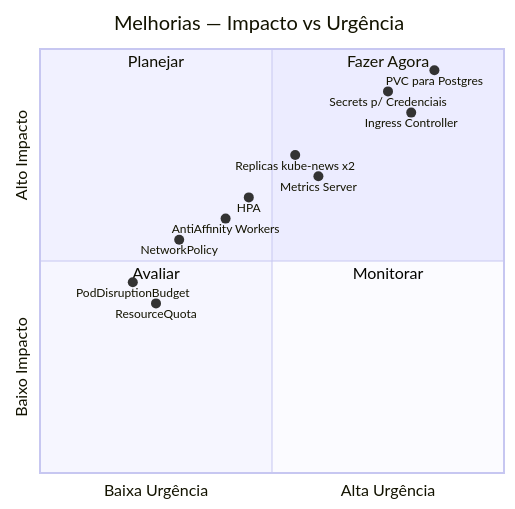
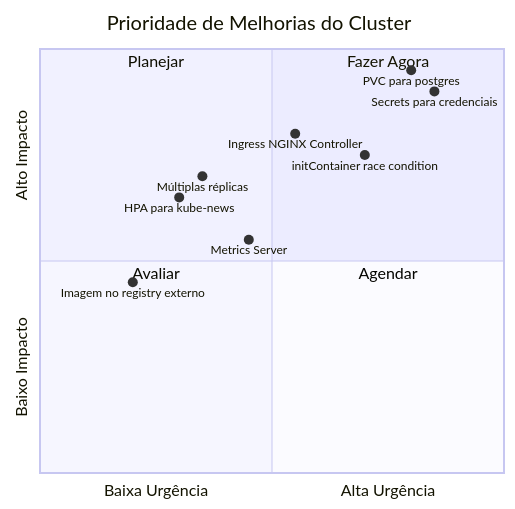
The fifth of 6 diagrams in diagrama-palestra.md (dvsvictor/kube-news-davis), drawn with Mermaid before and after one commit. The commit also changed other lines of this file and 2 other files, not shown here.

First line of the commit message:
Atualizar relatório, diagramas e postmortem do cluster — sessão 2026-05-16

````diff
--- a/diagrama-palestra.md
+++ b/diagrama-palestra.md
@@ -136,20 +149,18 @@
 ```mermaid
 quadrantChart
-    title Melhorias — Impacto vs Urgência
+    title Prioridade de Melhorias do Cluster
     x-axis Baixa Urgência --> Alta Urgência
     y-axis Baixo Impacto --> Alto Impacto
     quadrant-1 Fazer Agora
     quadrant-2 Planejar
     quadrant-3 Avaliar
-    quadrant-4 Monitorar
-    PVC para Postgres: [0.85, 0.95]
-    Ingress Controller: [0.80, 0.85]
-    Secrets p/ Credenciais: [0.75, 0.90]
-    Metrics Server: [0.60, 0.70]
-    Replicas kube-news x2: [0.55, 0.75]
-    HPA: [0.45, 0.65]
-    AntiAffinity Workers: [0.40, 0.60]
-    NetworkPolicy: [0.30, 0.55]
-    ResourceQuota: [0.25, 0.40]
-    PodDisruptionBudget: [0.20, 0.45]
+    quadrant-4 Agendar
+    Secrets para credenciais: [0.85, 0.90]
+    PVC para postgres: [0.80, 0.95]
+    initContainer race condition: [0.70, 0.75]
+    Ingress NGINX Controller: [0.55, 0.80]
+    Metrics Server: [0.45, 0.55]
+    HPA para kube-news: [0.30, 0.65]
+    Múltiplas réplicas: [0.35, 0.70]
+    Imagem no registry externo: [0.20, 0.45]
 ```
````
